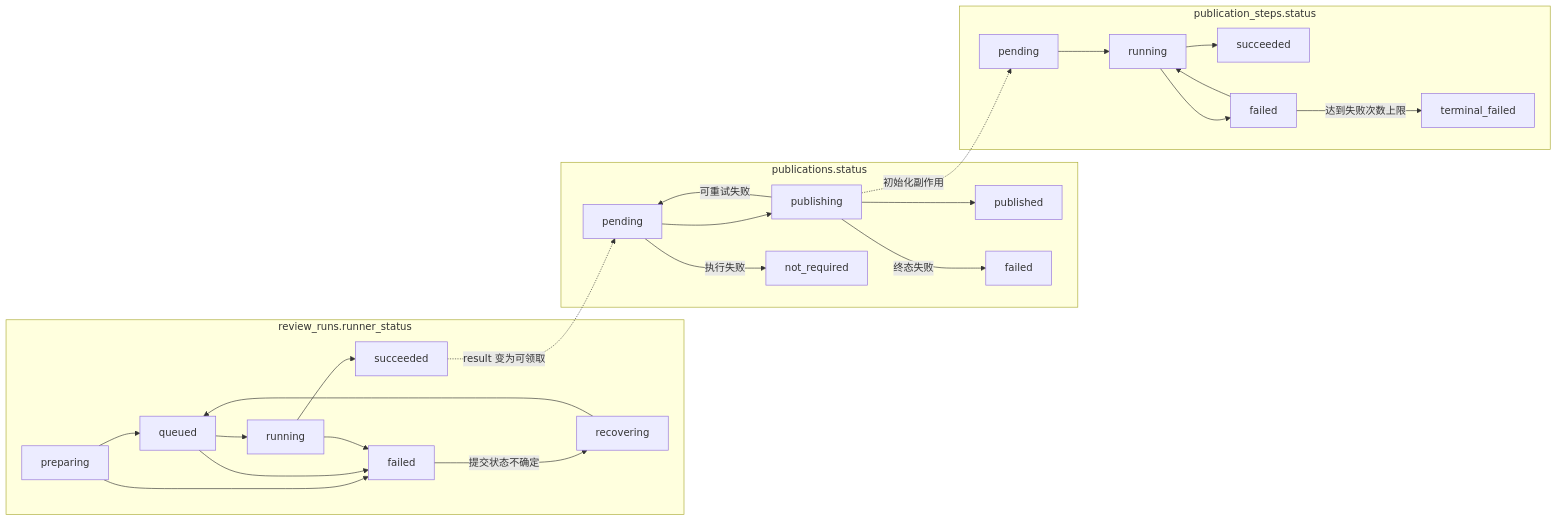
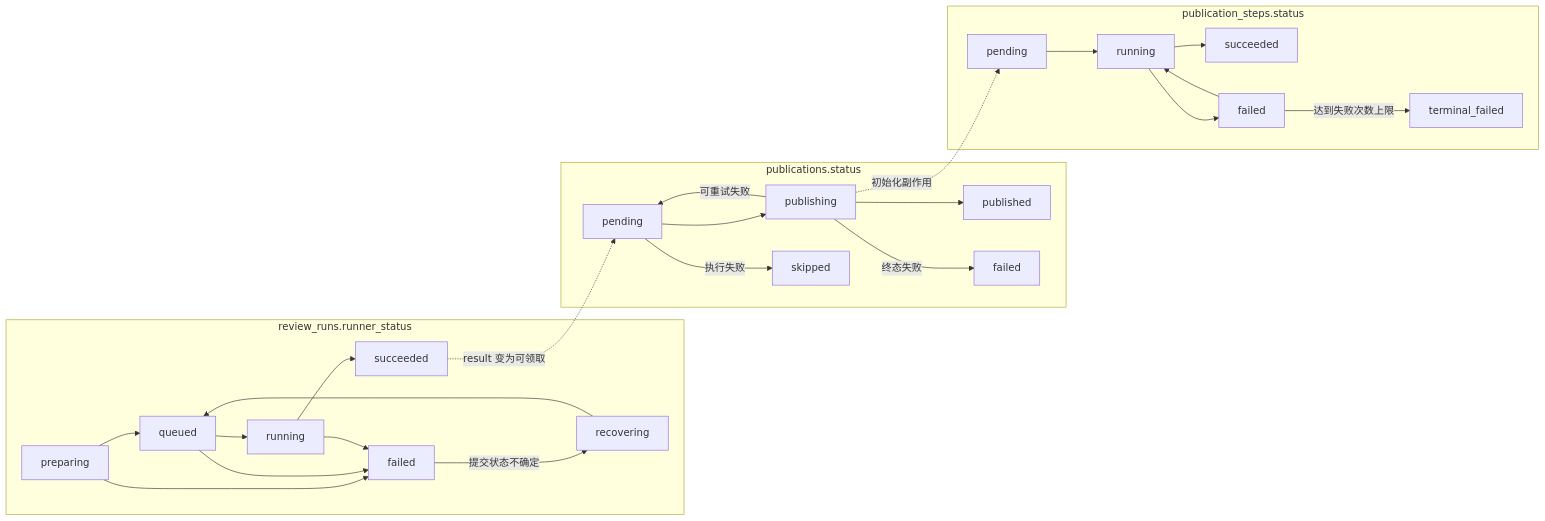
One commit to Agent-AI-Chalmers/sec-review-bot changed the second of 2 diagrams in control-plane/README.zh.md. Above: the diagram before and after it, drawn with Mermaid. The commit also changed other lines of this file and 34 other files, not shown here.

````diff
--- a/control-plane/README.zh.md
+++ b/control-plane/README.zh.md
@@ -50,27 +50,27 @@
 ```mermaid
 flowchart LR
   subgraph runner[review_runs.runner_status]
     preparing --> queued --> running --> runnersucceeded[succeeded]
     preparing --> failed
     failed -->|提交状态不确定| recovering --> queued
     queued --> failed
     running --> failed
   end
 
   subgraph publication[publications.status]
     pending --> publishing --> published
     publishing -->|可重试失败| pending
     publishing -->|终态失败| pubfailed[failed]
-    pending -->|执行失败| notrequired[not_required]
+    pending -->|执行失败| skipped
   end
 
   subgraph steps[publication_steps.status]
     steppending[pending] --> runningstep[running] --> succeeded
     runningstep --> stepfailed[failed]
     stepfailed --> runningstep
     stepfailed -->|达到失败次数上限| terminalfailed[terminal_failed]
   end
 
   runnersucceeded -.->|result 变为可领取| pending
   publishing -.->|初始化副作用| steppending
 ```
````
